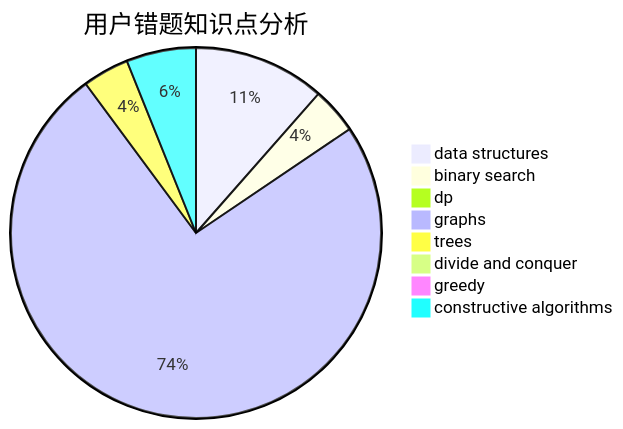
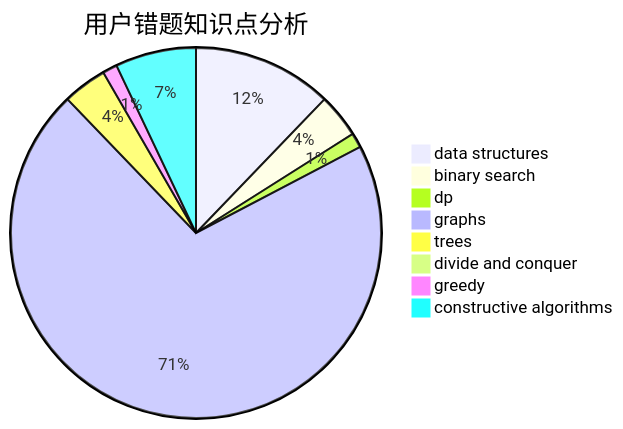
The third of 3 diagrams in docs/user/u626.md (sherpahu/cfrs.github.io), drawn with Mermaid before and after one commit. The commit also changed other lines of this file and 2770 other files, not shown here.

````diff
--- a/docs/user/u626.md
+++ b/docs/user/u626.md
@@ -36,11 +36,11 @@
 ```mermaid
 pie title 用户错题知识点分析
-    "data structures" :  17
+    "data structures" :  19
     "binary search" :  6
-    "dp" :  0
+    "dp" :  2
     "graphs" :  110
     "trees" :  6
     "divide and conquer" :  0
-    "greedy" :  0
-    "constructive algorithms" :  9
+    "greedy" :  2
+    "constructive algorithms" :  11
 ```
````
